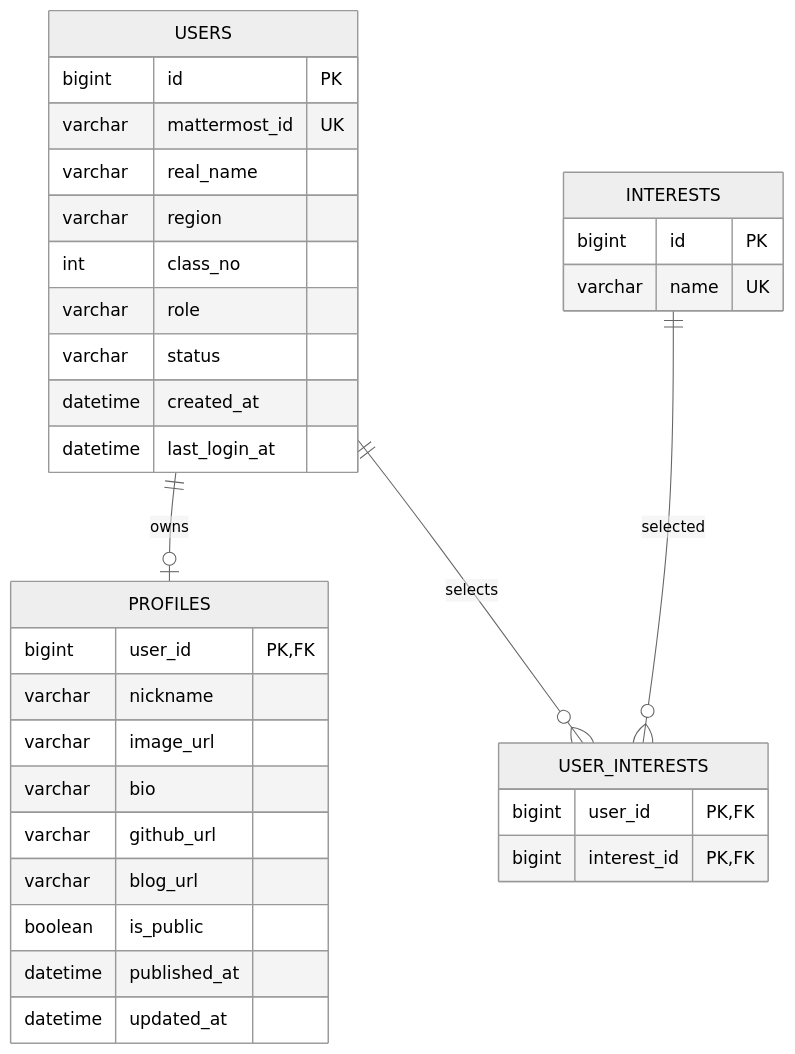
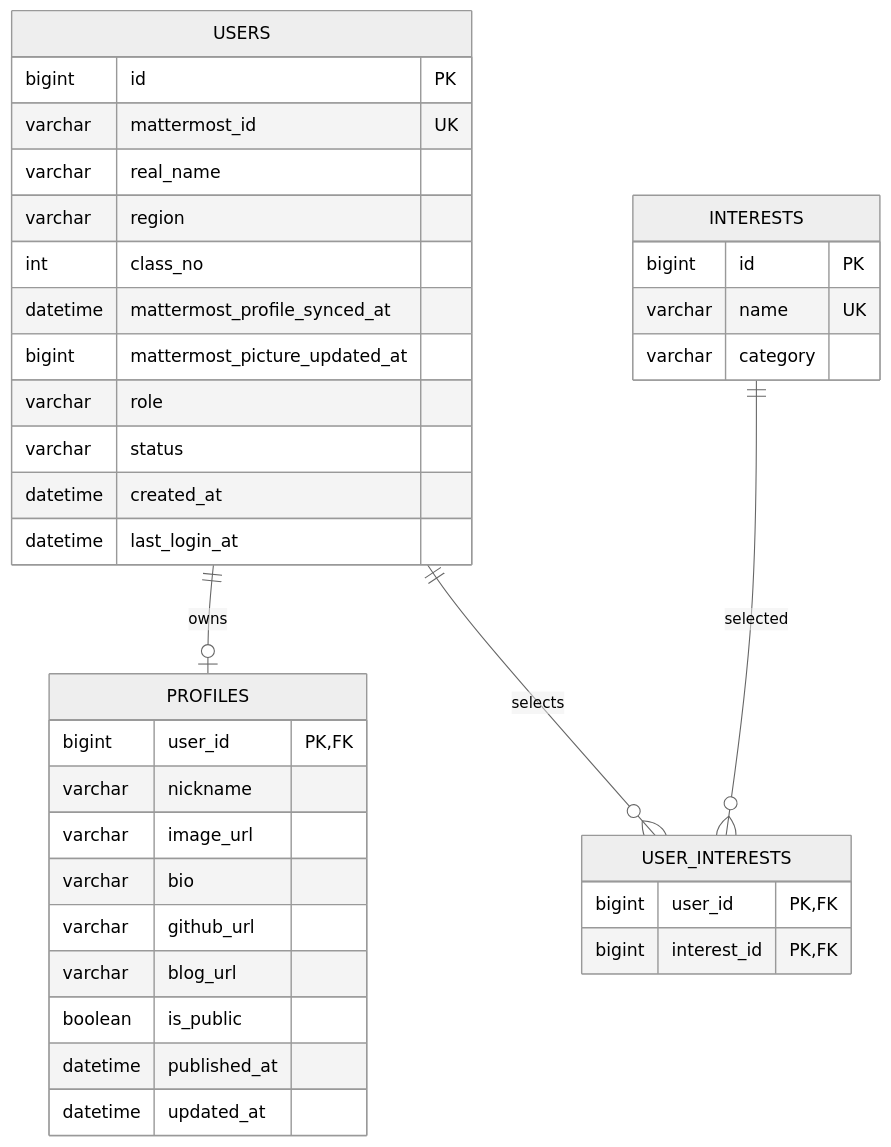
One commit to anonymity-developer/connection_16 changed the first of 13 diagrams in docs/erd.md. Above: the diagram before and after it, drawn with Mermaid (neutral theme). The commit also changed other lines of this file and 21 other files, not shown here.

````diff
--- a/docs/erd.md
+++ b/docs/erd.md
@@ -9,36 +9,39 @@
 ```mermaid
 erDiagram
     USERS ||--o| PROFILES : owns
     USERS ||--o{ USER_INTERESTS : selects
     INTERESTS ||--o{ USER_INTERESTS : selected
     USERS {
         bigint id PK
         varchar mattermost_id UK
         varchar real_name
         varchar region
         int class_no
+        datetime mattermost_profile_synced_at
+        bigint mattermost_picture_updated_at
         varchar role
         varchar status
         datetime created_at
         datetime last_login_at
     }
     PROFILES {
         bigint user_id PK,FK
         varchar nickname
         varchar image_url
         varchar bio
         varchar github_url
         varchar blog_url
         boolean is_public
         datetime published_at
         datetime updated_at
     }
     INTERESTS {
         bigint id PK
         varchar name UK
+        varchar category
     }
     USER_INTERESTS {
         bigint user_id PK,FK
         bigint interest_id PK,FK
     }
 ```
````
